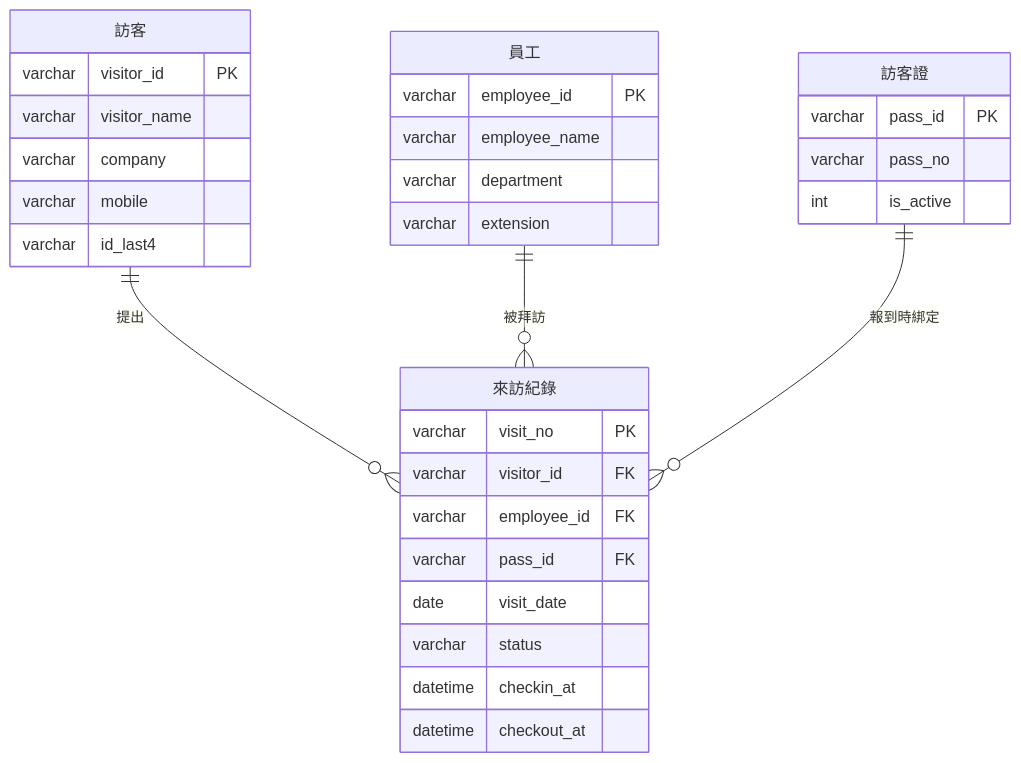
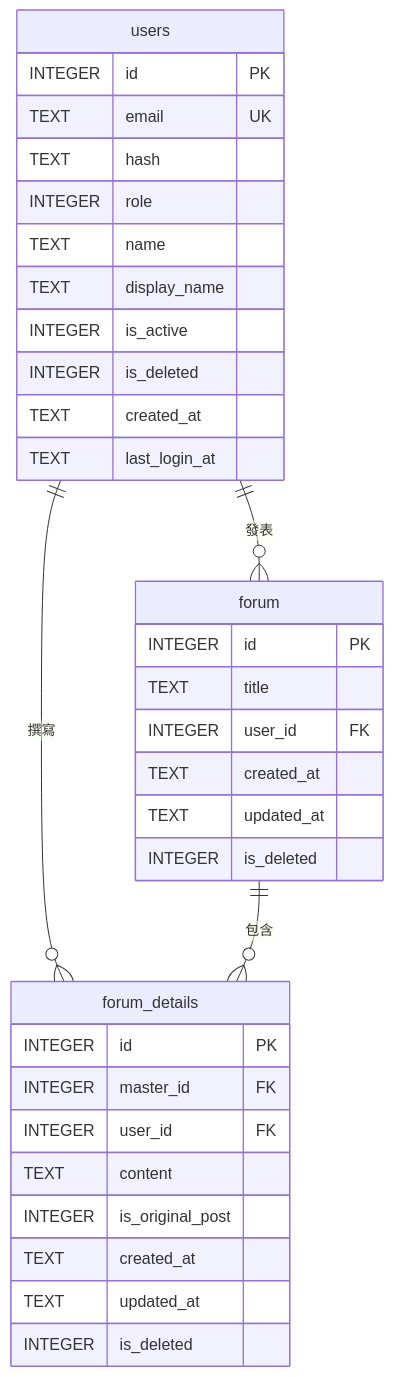
One commit to billy1125/system-analysis-and-design changed the second of 2 diagrams in 01-Course-Materials/07-Data-Modeling.md. Above: the diagram before and after it, drawn with Mermaid. The commit also changed other lines of this file and 17 other files, not shown here.

````diff
--- a/01-Course-Materials/07-Data-Modeling.md
+++ b/01-Course-Materials/07-Data-Modeling.md
@@ -124,35 +126,37 @@
 ```mermaid
 erDiagram
-    訪客 ||--o{ 來訪紀錄 : "提出"
-    員工 ||--o{ 來訪紀錄 : "被拜訪"
-    訪客證 ||--o{ 來訪紀錄 : "報到時綁定"
+    users ||--o{ forum : "發表"
+    users ||--o{ forum_details : "撰寫"
+    forum ||--o{ forum_details : "包含"
 
-    來訪紀錄 {
-        varchar visit_no PK
-        varchar visitor_id FK
-        varchar employee_id FK
-        varchar pass_id FK
-        date visit_date
-        varchar status
-        datetime checkin_at
-        datetime checkout_at
+    users {
+        INTEGER id PK
+        TEXT email UK
+        TEXT hash
+        INTEGER role
+        TEXT name
+        TEXT display_name
+        INTEGER is_active
+        INTEGER is_deleted
+        TEXT created_at
+        TEXT last_login_at
     }
-    訪客 {
-        varchar visitor_id PK
-        varchar visitor_name
-        varchar company
-        varchar mobile
-        varchar id_last4
+    forum {
+        INTEGER id PK
+        TEXT title
+        INTEGER user_id FK
+        TEXT created_at
+        TEXT updated_at
+        INTEGER is_deleted
     }
-    訪客證 {
-        varchar pass_id PK
-        varchar pass_no
-        int is_active
-    }
-    員工 {
-        varchar employee_id PK
-        varchar employee_name
-        varchar department
-        varchar extension
+    forum_details {
+        INTEGER id PK
+        INTEGER master_id FK
+        INTEGER user_id FK
+        TEXT content
+        INTEGER is_original_post
+        TEXT created_at
+        TEXT updated_at
+        INTEGER is_deleted
     }
 ```
````
